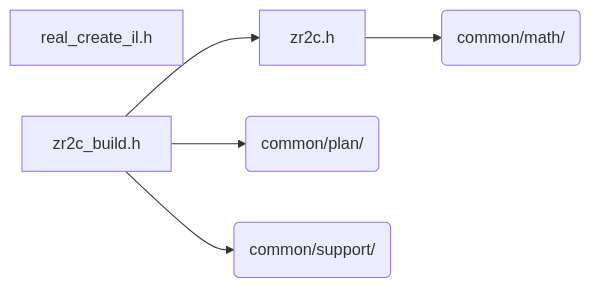
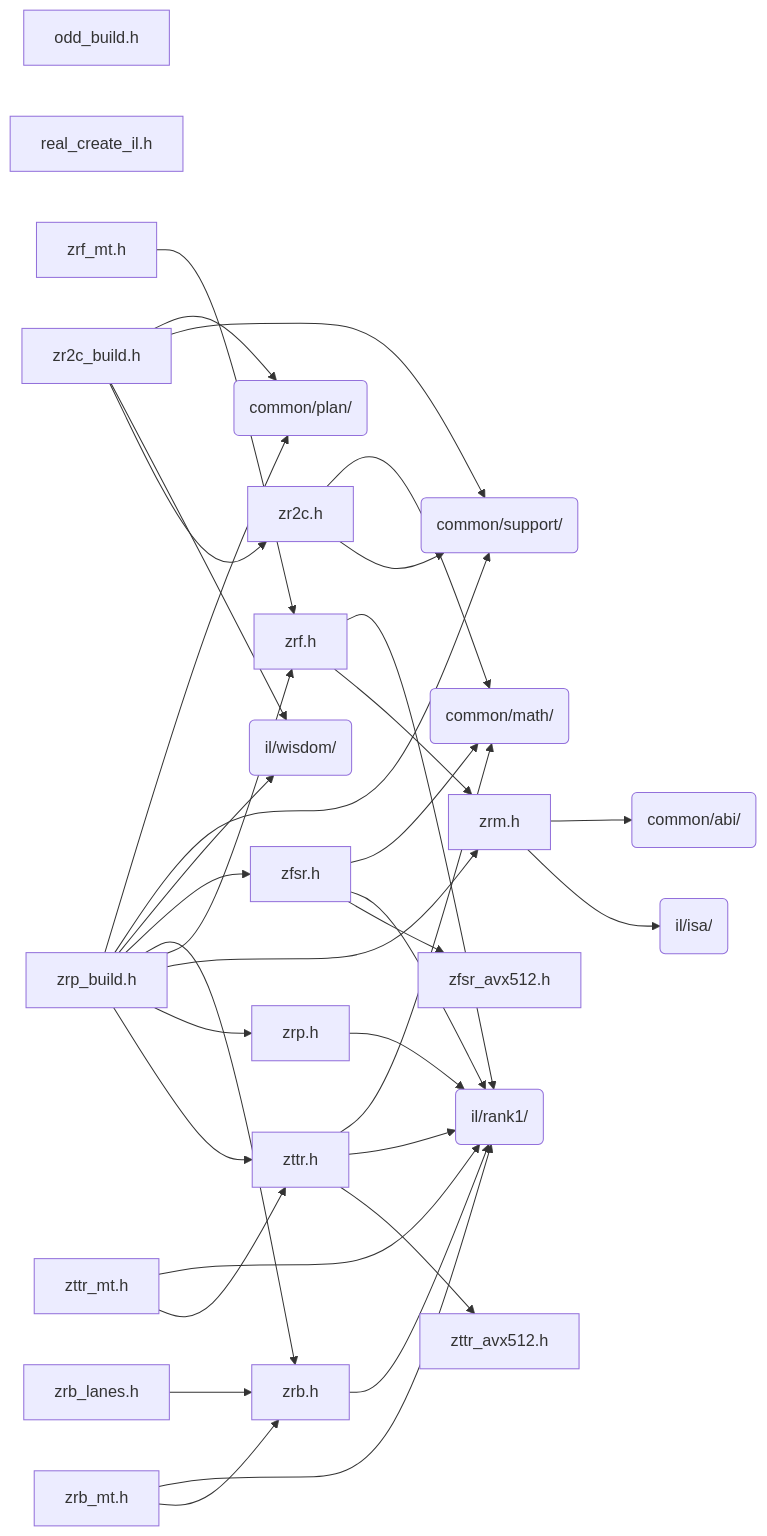
Before and after one commit to Tugbars/VectorFFT: the diagram in docs/architecture/generated/folders/il__real.md, drawn with Mermaid. The commit also changed other lines of this file and 98 other files, not shown here.

Commit message:
regenerated architecture drawings

````diff
--- a/docs/architecture/generated/folders/il__real.md
+++ b/docs/architecture/generated/folders/il__real.md
@@ -12,13 +26,60 @@
 ```mermaid
 flowchart LR
+    n_il_real_odd_build_h["odd_build.h"]
     n_il_real_real_create_il_h["real_create_il.h"]
+    n_il_real_zfsr_h["zfsr.h"]
+    n_il_real_zfsr_avx512_h["zfsr_avx512.h"]
     n_il_real_zr2c_h["zr2c.h"]
     n_il_real_zr2c_build_h["zr2c_build.h"]
+    n_il_real_zrb_h["zrb.h"]
+    n_il_real_zrb_lanes_h["zrb_lanes.h"]
+    n_il_real_zrb_mt_h["zrb_mt.h"]
+    n_il_real_zrf_h["zrf.h"]
+    n_il_real_zrf_mt_h["zrf_mt.h"]
+    n_il_real_zrm_h["zrm.h"]
+    n_il_real_zrp_h["zrp.h"]
+    n_il_real_zrp_build_h["zrp_build.h"]
+    n_il_real_zttr_h["zttr.h"]
+    n_il_real_zttr_avx512_h["zttr_avx512.h"]
+    n_il_real_zttr_mt_h["zttr_mt.h"]
+    n_dir_common_abi("common/abi/")
     n_dir_common_math("common/math/")
     n_dir_common_plan("common/plan/")
     n_dir_common_support("common/support/")
+    n_dir_il_isa("il/isa/")
+    n_dir_il_rank1("il/rank1/")
+    n_dir_il_wisdom("il/wisdom/")
+    n_il_real_zfsr_h --> n_dir_common_math
+    n_il_real_zfsr_h --> n_dir_il_rank1
+    n_il_real_zfsr_h --> n_il_real_zfsr_avx512_h
     n_il_real_zr2c_build_h --> n_dir_common_plan
     n_il_real_zr2c_build_h --> n_dir_common_support
+    n_il_real_zr2c_build_h --> n_dir_il_wisdom
     n_il_real_zr2c_build_h --> n_il_real_zr2c_h
     n_il_real_zr2c_h --> n_dir_common_math
+    n_il_real_zr2c_h --> n_dir_common_support
+    n_il_real_zrb_h --> n_dir_il_rank1
+    n_il_real_zrb_lanes_h --> n_il_real_zrb_h
+    n_il_real_zrb_mt_h --> n_dir_il_rank1
+    n_il_real_zrb_mt_h --> n_il_real_zrb_h
+    n_il_real_zrf_h --> n_dir_il_rank1
+    n_il_real_zrf_h --> n_il_real_zrm_h
+    n_il_real_zrf_mt_h --> n_il_real_zrf_h
+    n_il_real_zrm_h --> n_dir_common_abi
+    n_il_real_zrm_h --> n_dir_il_isa
+    n_il_real_zrp_build_h --> n_dir_common_plan
+    n_il_real_zrp_build_h --> n_dir_common_support
+    n_il_real_zrp_build_h --> n_dir_il_wisdom
+    n_il_real_zrp_build_h --> n_il_real_zfsr_h
+    n_il_real_zrp_build_h --> n_il_real_zrb_h
+    n_il_real_zrp_build_h --> n_il_real_zrf_h
+    n_il_real_zrp_build_h --> n_il_real_zrm_h
+    n_il_real_zrp_build_h --> n_il_real_zrp_h
+    n_il_real_zrp_build_h --> n_il_real_zttr_h
+    n_il_real_zrp_h --> n_dir_il_rank1
+    n_il_real_zttr_h --> n_dir_common_math
+    n_il_real_zttr_h --> n_dir_il_rank1
+    n_il_real_zttr_h --> n_il_real_zttr_avx512_h
+    n_il_real_zttr_mt_h --> n_dir_il_rank1
+    n_il_real_zttr_mt_h --> n_il_real_zttr_h
 ```
````
